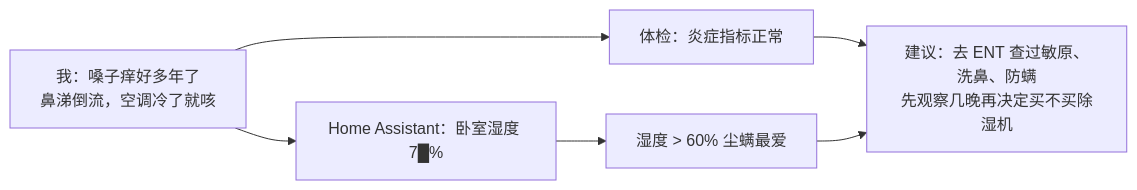
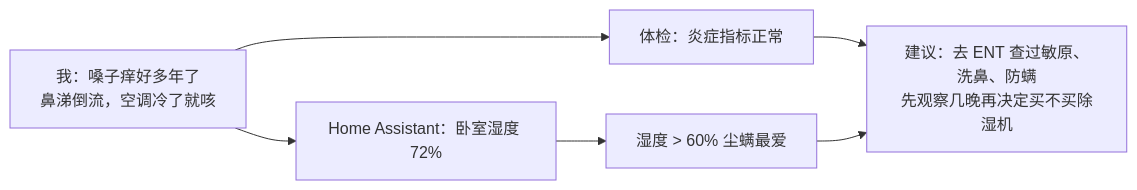
One commit to JamesNolan17/health-buddy changed the seventh of 7 diagrams in README.md. Above: the diagram before and after it, drawn with Mermaid. The commit also changed other lines of this file and 6 other files, not shown here.

````diff
--- a/README.md
+++ b/README.md
@@ -262,7 +262,7 @@
 ```mermaid
 flowchart LR
     A[我：嗓子痒好多年了<br/>鼻涕倒流，空调冷了就咳] --> B[体检：炎症指标正常]
-    A --> C[Home Assistant：卧室湿度 7█%]
+    A --> C[Home Assistant：卧室湿度 72%]
     C --> D[湿度 > 60% 尘螨最爱]
     B & D --> E[建议：去 ENT 查过敏原、洗鼻、防螨<br/>先观察几晚再决定买不买除湿机]
 ```
````
